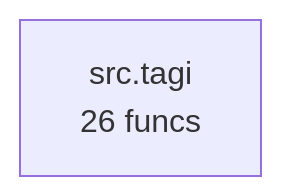
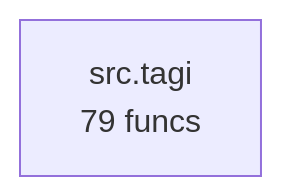
One commit to semcod/tagi changed the diagram in project/compact_flow.mmd. Above: the diagram before and after it, drawn with Mermaid. The commit also changed 4 other files, not shown here.

```diff
--- a/project/compact_flow.mmd
+++ b/project/compact_flow.mmd
@@ -1,3 +1,3 @@
 flowchart TD
 %% generated in 0.00s
-    src__tagi["src.tagi<br/>26 funcs"]
+    src__tagi["src.tagi<br/>79 funcs"]
```
